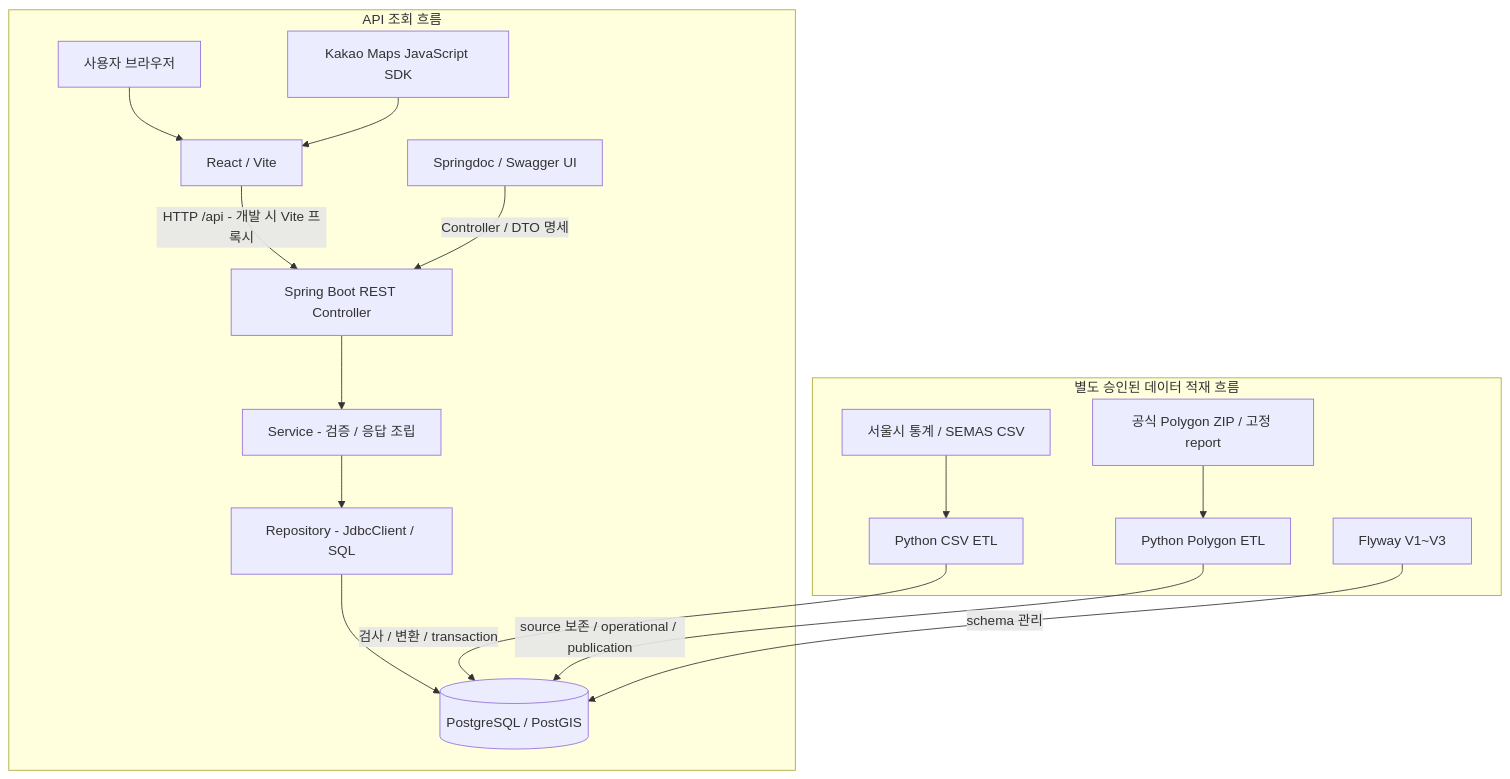
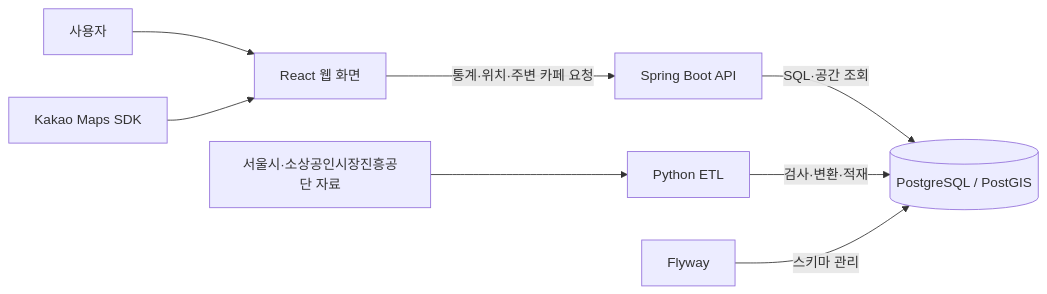
The diagram in README.md (jinwooorp/RecycleYoungs), drawn with Mermaid before and after one commit. The commit also changed other lines of this file and 69 other files, not shown here.

Commit message:
refactor: 프로젝트 문서·ERD 정비 및 미사용 실험 코드·설정 예시 제거

````diff
--- a/README.md
+++ b/README.md
@@ -41,19 +40,10 @@
 ```mermaid
-flowchart TD
-    subgraph QUERY["API 조회 흐름"]
-        U["사용자 브라우저"] --> F["React / Vite"]
-        K["Kakao Maps JavaScript SDK"] --> F
-        F -->|"HTTP /api - 개발 시 Vite 프록시"| C["Spring Boot REST Controller"]
-        C --> S["Service - 검증 / 응답 조립"]
-        S --> R["Repository - JdbcClient / SQL"]
-        R --> DB[("PostgreSQL / PostGIS")]
-        O["Springdoc / Swagger UI"] -->|"Controller / DTO 명세"| C
-    end
-    subgraph LOAD["별도 승인된 데이터 적재 흐름"]
-        CSV["서울시 통계 / SEMAS CSV"] --> E["Python CSV ETL"]
-        ZIP["공식 Polygon ZIP / 고정 report"] --> P["Python Polygon ETL"]
-        E -->|"검사 / 변환 / transaction"| DB
-        P -->|"source 보존 / operational / publication"| DB
-        V["Flyway V1~V3"] -->|"schema 관리"| DB
-    end
+flowchart LR
+    U["사용자"] --> F["React 웹 화면"]
+    K["Kakao Maps SDK"] --> F
+    F -->|"통계·위치·주변 카페 요청"| B["Spring Boot API"]
+    B -->|"SQL·공간 조회"| D[("PostgreSQL / PostGIS")]
+    S["서울시·소상공인시장진흥공단 자료"] --> E["Python ETL"]
+    E -->|"검사·변환·적재"| D
+    M["Flyway"] -->|"스키마 관리"| D
 ```
````
